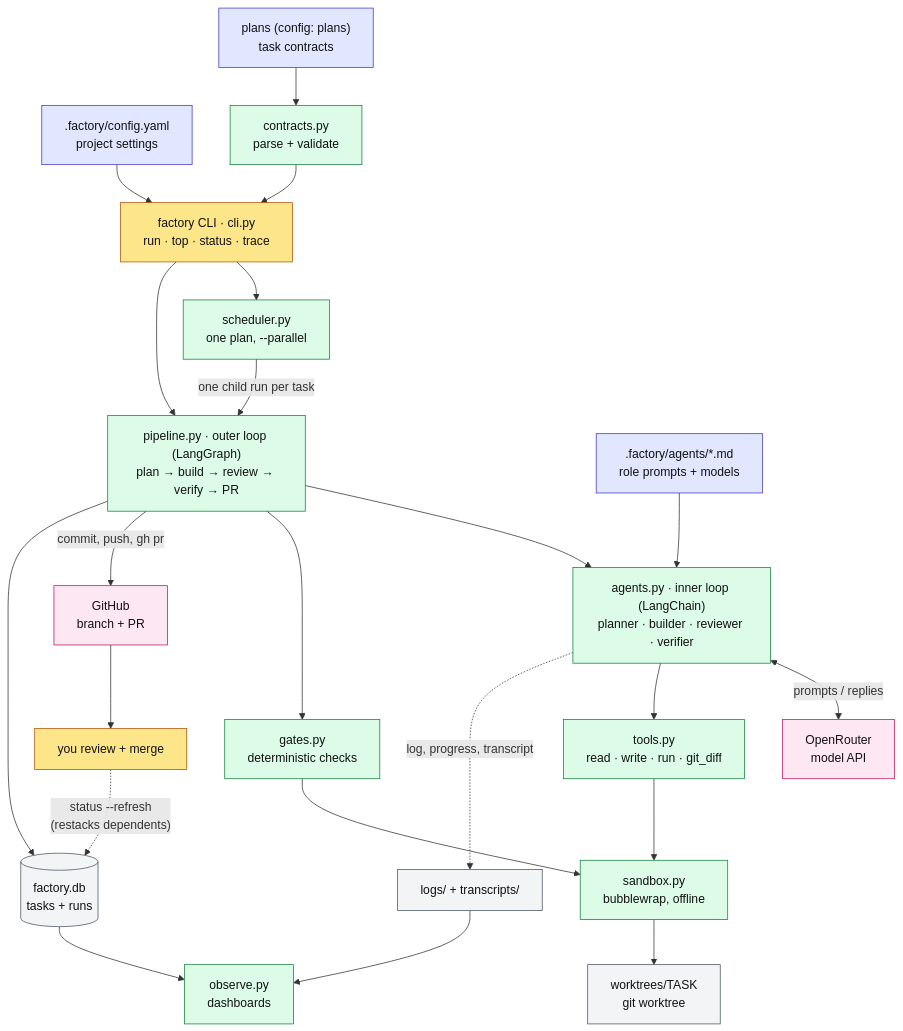
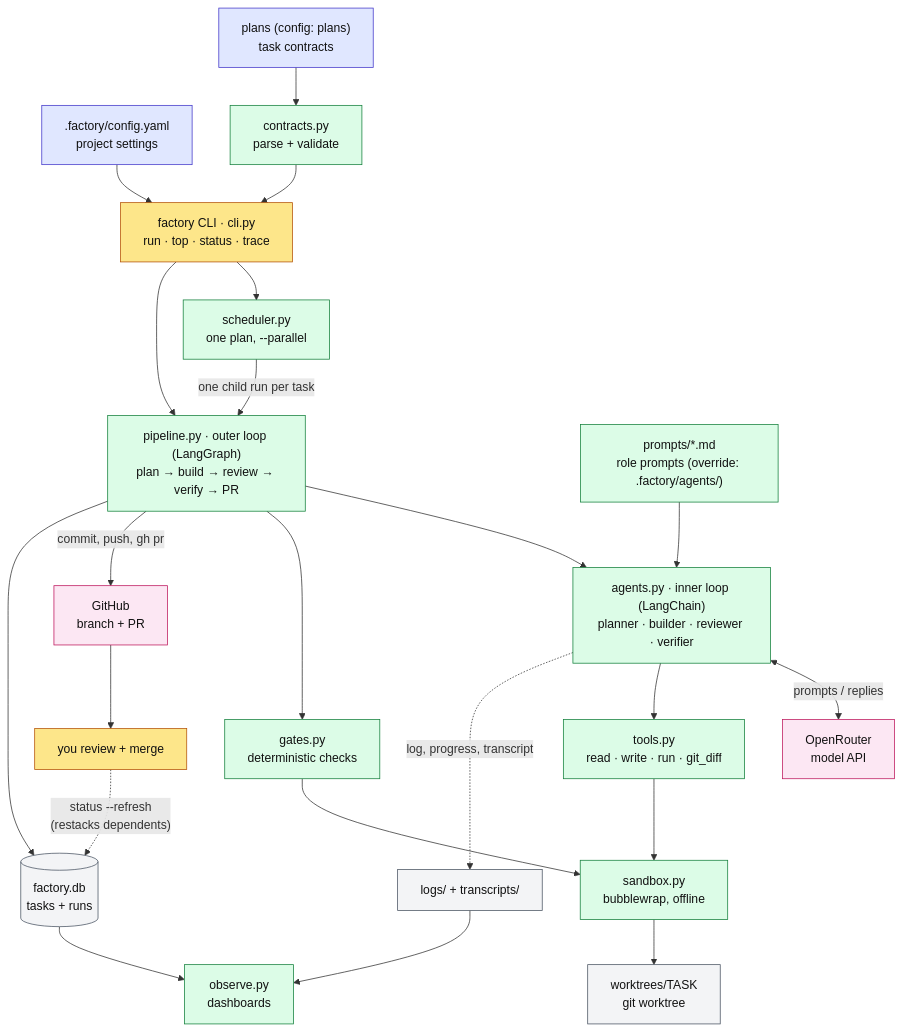
Before and after one commit to PaddyMc/software-factory: the first of 5 diagrams in README.md, drawn with Mermaid. The commit also changed other lines of this file and 20 other files, not shown here.

First line of the commit message:
Ship prompts and skills with the factory; factory init sets a repository up

````diff
--- a/README.md
+++ b/README.md
@@ -41,45 +64,45 @@
 ```mermaid
 flowchart TB
   Plans["plans (config: plans)<br/>task contracts"]:::repo
   Config[".factory/config.yaml<br/>project settings"]:::repo
   CLI["factory CLI · cli.py<br/>run · top · status · trace"]:::you
   Contracts["contracts.py<br/>parse + validate"]:::core
   Sched["scheduler.py<br/>one plan, --parallel"]:::core
   Pipe["pipeline.py · outer loop (LangGraph)<br/>plan → build → review → verify → PR"]:::core
-  Roles[".factory/agents/*.md<br/>role prompts + models"]:::repo
+  Roles["prompts/*.md<br/>role prompts (override: .factory/agents/)"]:::core
   Agents["agents.py · inner loop (LangChain)<br/>planner · builder · reviewer · verifier"]:::core
   Gates["gates.py<br/>deterministic checks"]:::core
   Tools["tools.py<br/>read · write · run · git_diff"]:::core
   Sandbox["sandbox.py<br/>bubblewrap, offline"]:::core
   OR["OpenRouter<br/>model API"]:::ext
   GH["GitHub<br/>branch + PR"]:::ext
   WT["worktrees/TASK<br/>git worktree"]:::state
   DB[("factory.db<br/>tasks + runs")]:::state
   Files["logs/ + transcripts/"]:::state
   Obs["observe.py<br/>dashboards"]:::core
   Merge["you review + merge"]:::you
 
   Plans --> Contracts --> CLI
   Config --> CLI
   CLI --> Sched -->|"one child run per task"| Pipe
   CLI --> Pipe
   Roles --> Agents
   Pipe --> Agents
   Pipe --> Gates
   Agents <-->|"prompts / replies"| OR
   Agents --> Tools --> Sandbox
   Gates --> Sandbox
   Sandbox --> WT
   Pipe -->|"commit, push, gh pr"| GH --> Merge
   Pipe --> DB
   Agents -.->|"log, progress, transcript"| Files
   Merge -.->|"status --refresh<br/>(restacks dependents)"| DB
   DB --> Obs
   Files --> Obs
 
   classDef you fill:#fde68a,stroke:#b45309,color:#111
   classDef repo fill:#e0e7ff,stroke:#4338ca,color:#111
   classDef core fill:#dcfce7,stroke:#15803d,color:#111
   classDef state fill:#f3f4f6,stroke:#4b5563,color:#111
   classDef ext fill:#fce7f3,stroke:#be185d,color:#111
 ```
````
